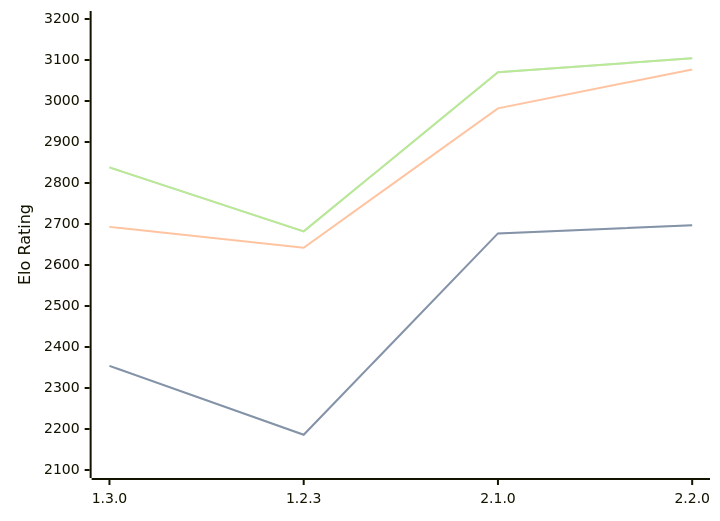
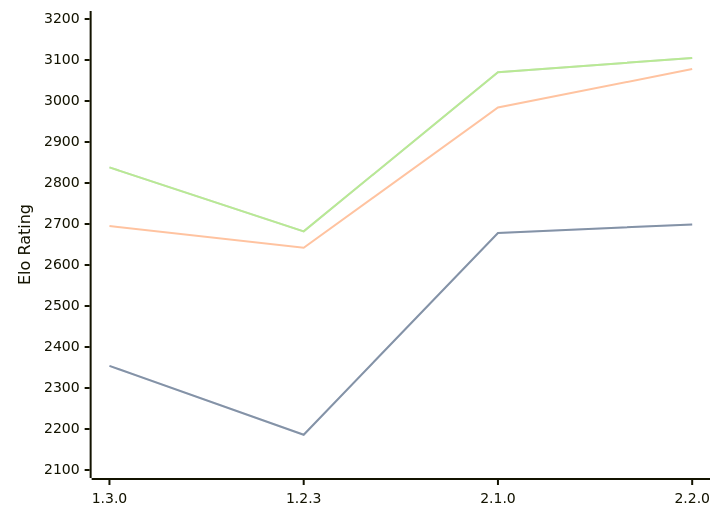
One commit to computer-chess-index/cci changed the diagram in engines/Aspen.md. Above: the diagram before and after it, drawn with Mermaid. The commit also changed other lines of this file, not shown here.

Commit message:
Update CCI Ratings (ELO VLTC) - 2026-08-21

````diff
--- a/engines/Aspen.md
+++ b/engines/Aspen.md
@@ -43,11 +43,11 @@
 ```mermaid
 %%{init: {"theme":"base","themeVariables":{"seriesColors:['#a3a3a3','#222221','#faa371']}}}%%
 xychart-beta
   x-axis ["1.3.0", "1.2.3", "2.1.0", "2.2.0"]
   y-axis "Elo Rating" 2100 --> 3200
-  line "STC (8.0+0.08s)" [2354, 2186, 2677, 2697]
-  line "STC (8.0+0.08s)" [2354, 2186, 2677, 2697]
-  line "LTC (60.0+0.60s)" [2693, 2642, 2982, 3077]
-  line "VLTC (2m24s+1.12s)" [2838, 2682, 3070, 3104]
-  line "VLTC (2m24s+1.12s)" [2838, 2682, 3070, 3104]
+  line "STC (8.0+0.08s)" [2354, 2186, 2678, 2699]
+  line "STC (8.0+0.08s)" [2354, 2186, 2678, 2699]
+  line "LTC (60.0+0.60s)" [2695, 2642, 2984, 3078]
+  line "VLTC (2m24s+1.12s)" [2838, 2682, 3070, 3105]
+  line "VLTC (2m24s+1.12s)" [2838, 2682, 3070, 3105]
 ```
````
